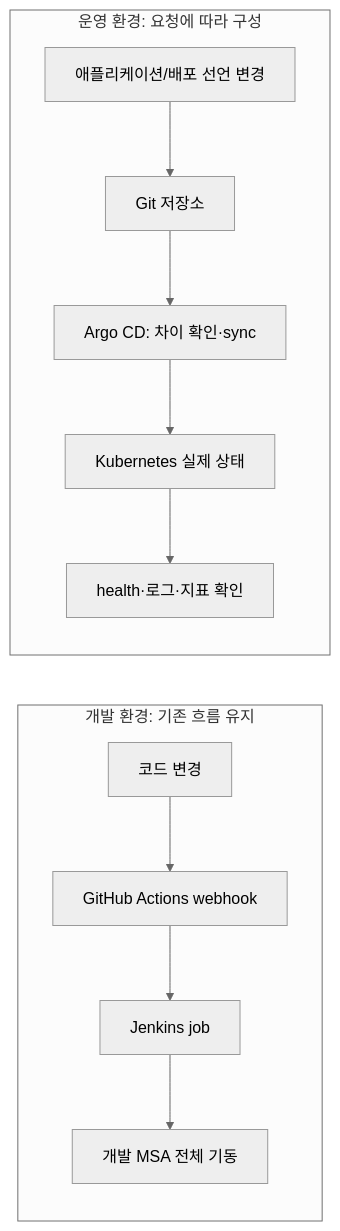
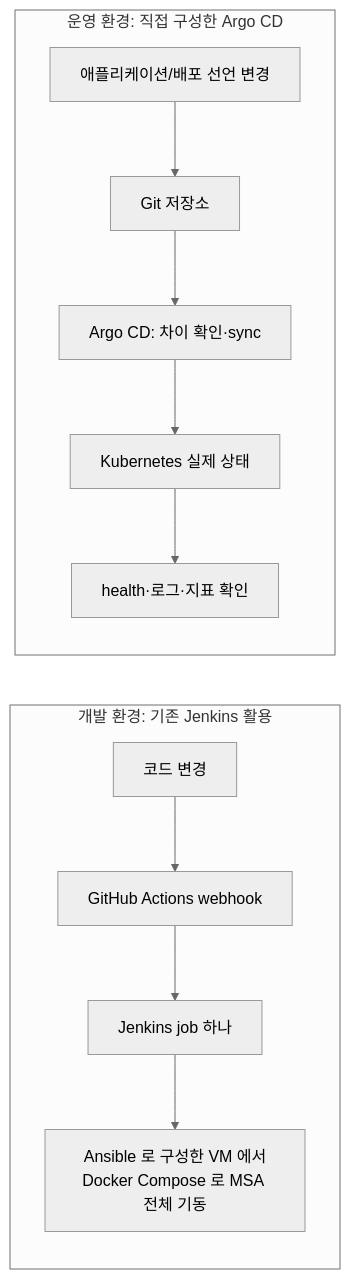
One commit to youngmin-gwon/what-i-studied changed the fourth of 5 diagrams in 01_inbox/interviews/bakcend/waug/01_큰그림_예약_흐름.md. Above: the diagram before and after it, drawn with Mermaid (neutral theme). The commit also changed other lines of this file and 5 other files, not shown here.

````diff
--- a/01_inbox/interviews/bakcend/waug/01_큰그림_예약_흐름.md
+++ b/01_inbox/interviews/bakcend/waug/01_큰그림_예약_흐름.md
@@ -94,14 +94,14 @@
 ```mermaid
 flowchart LR
-    subgraph DEV[개발 환경: 기존 흐름 유지]
+    subgraph DEV[개발 환경: 기존 Jenkins 활용]
       D1[코드 변경] --> D2[GitHub Actions webhook]
-      D2 --> D3[Jenkins job]
-      D3 --> D4[개발 MSA 전체 기동]
+      D2 --> D3[Jenkins job 하나]
+      D3 --> D4[Ansible 로 구성한 VM 에서<br/>Docker Compose 로 MSA 전체 기동]
     end
-    subgraph PROD[운영 환경: 요청에 따라 구성]
+    subgraph PROD[운영 환경: 직접 구성한 Argo CD]
       P1[애플리케이션/배포 선언 변경] --> P2[Git 저장소]
       P2 --> P3[Argo CD: 차이 확인·sync]
       P3 --> P4[Kubernetes 실제 상태]
       P4 --> P5[health·로그·지표 확인]
     end
 ```
````
